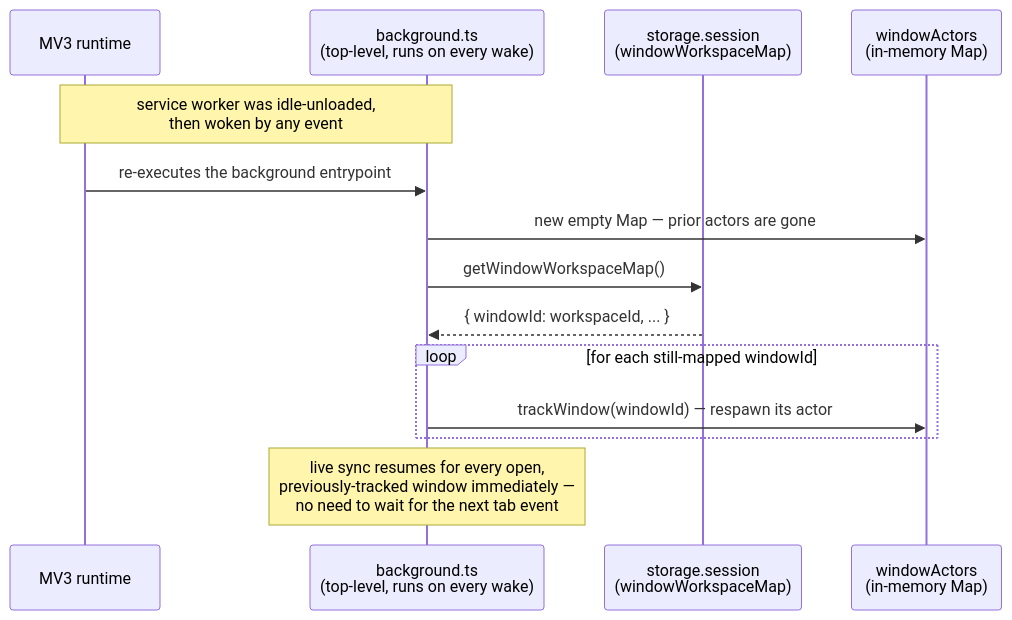
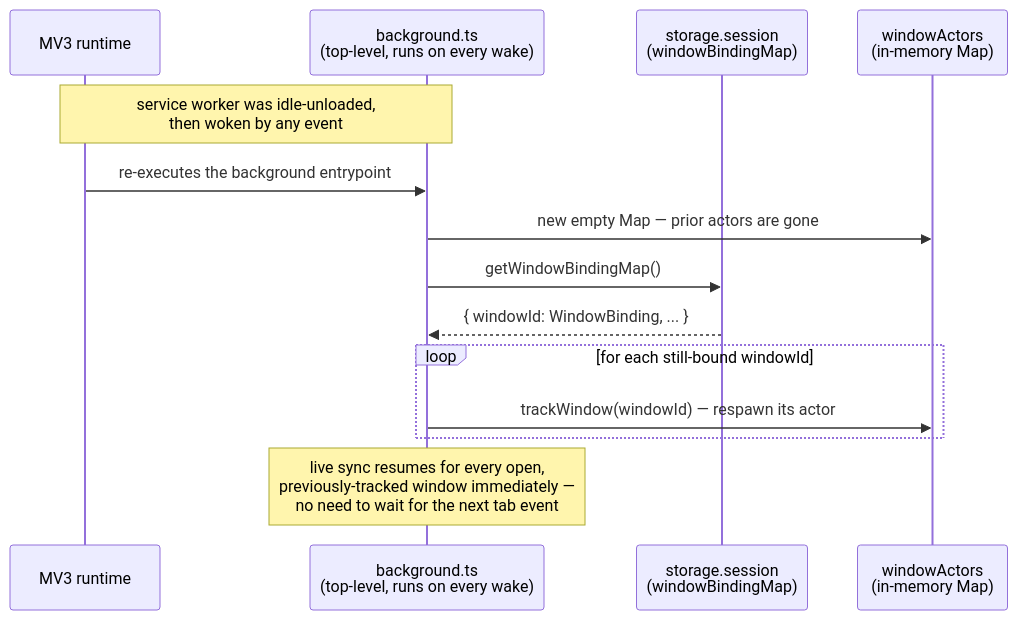
One commit to enyhma/cntxt changed the fifth of 11 diagrams in docs/workflows.md. Above: the diagram before and after it, drawn with Mermaid. The commit also changed other lines of this file and 9 other files, not shown here.

````diff
--- a/docs/workflows.md
+++ b/docs/workflows.md
@@ -127,17 +136,17 @@
 ```mermaid
 sequenceDiagram
     participant MV3 as MV3 runtime
     participant BG as background.ts<br/>(top-level, runs on every wake)
-    participant Session as storage.session<br/>(windowWorkspaceMap)
+    participant Session as storage.session<br/>(windowBindingMap)
     participant Registry as windowActors<br/>(in-memory Map)
 
     Note over MV3,BG: service worker was idle-unloaded,<br/>then woken by any event
     MV3->>BG: re-executes the background entrypoint
     BG->>Registry: new empty Map — prior actors are gone
-    BG->>Session: getWindowWorkspaceMap()
-    Session-->>BG: { windowId: workspaceId, ... }
-    loop for each still-mapped windowId
+    BG->>Session: getWindowBindingMap()
+    Session-->>BG: { windowId: WindowBinding, ... }
+    loop for each still-bound windowId
         BG->>Registry: trackWindow(windowId) — respawn its actor
     end
     Note over BG: live sync resumes for every open,<br/>previously-tracked window immediately —<br/>no need to wait for the next tab event
 ```
````
